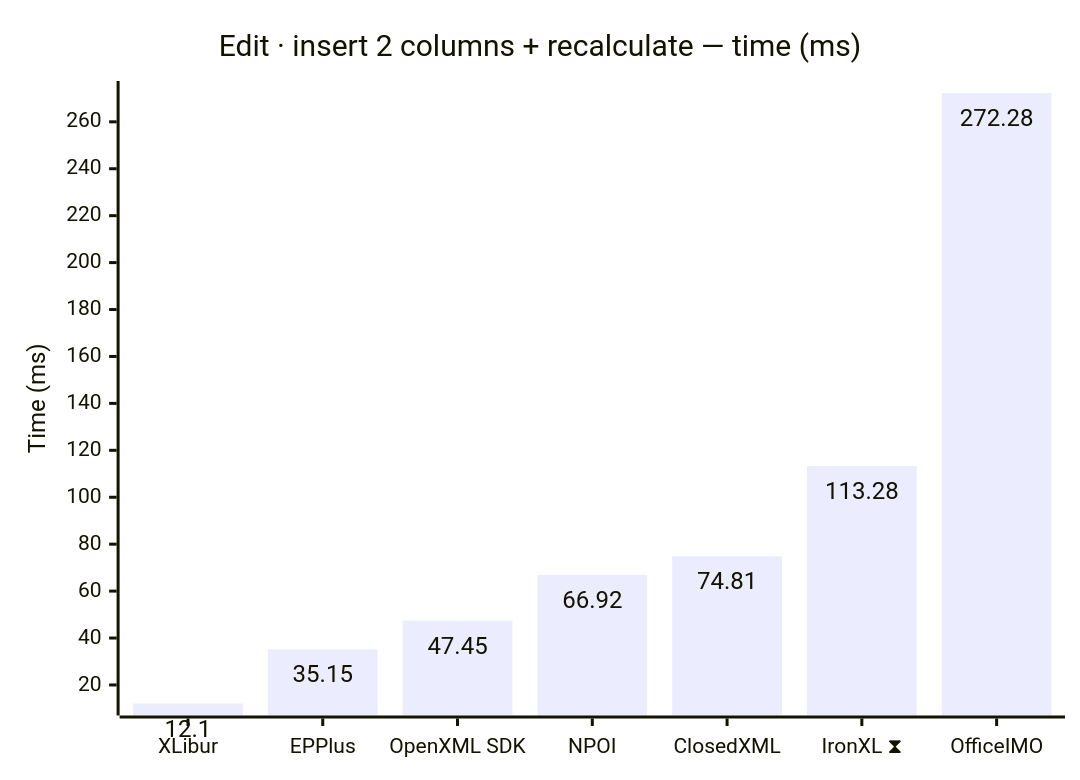
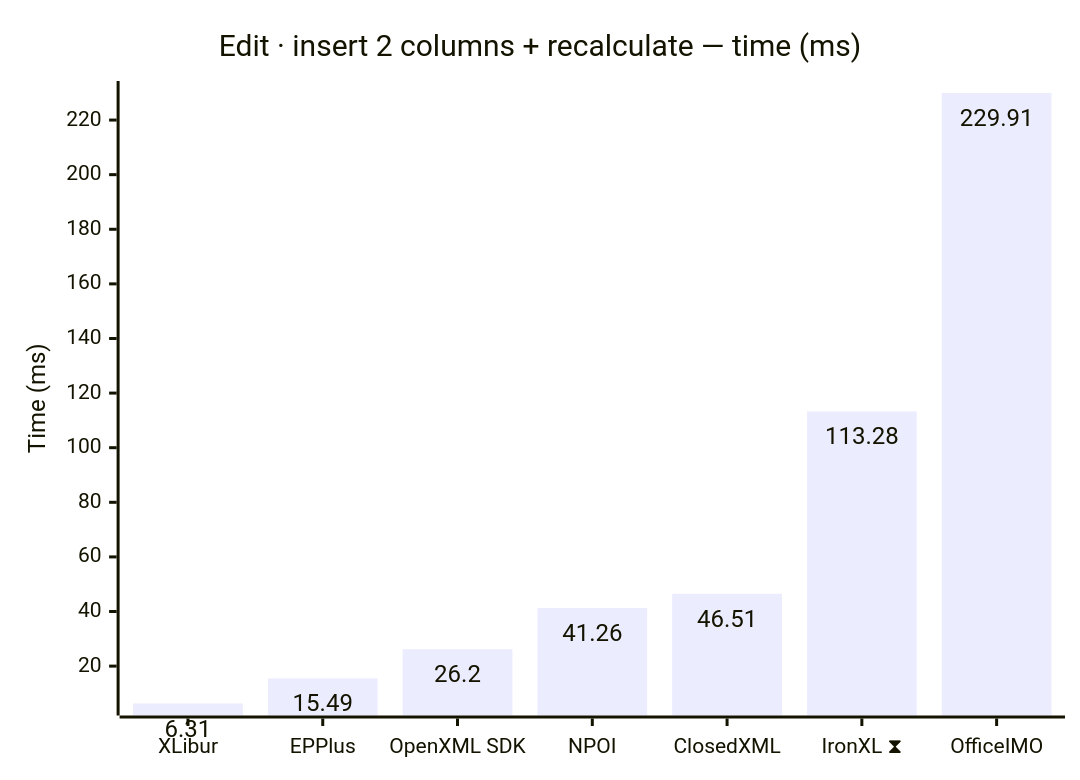
Diagram 11 of 12 in docs/results-ci.md (jafin/XLBench), drawn with Mermaid before and after one commit. The commit also changed other lines of this file, not shown here.

````diff
--- a/docs/results-ci.md
+++ b/docs/results-ci.md
@@ -173,12 +173,12 @@
 ```mermaid
 ---
 config:
   xyChart:
     showDataLabel: true
 ---
 xychart-beta
     title "Edit · insert 2 columns + recalculate — time (ms)"
     x-axis ["XLibur", "EPPlus", "OpenXML SDK", "NPOI", "ClosedXML", "IronXL ⧗", "OfficeIMO"]
     y-axis "Time (ms)"
-    bar [12.1, 35.15, 47.45, 66.92, 74.81, 113.28, 272.28]
+    bar [6.31, 15.49, 26.2, 41.26, 46.51, 113.28, 229.91]
 ```
````
